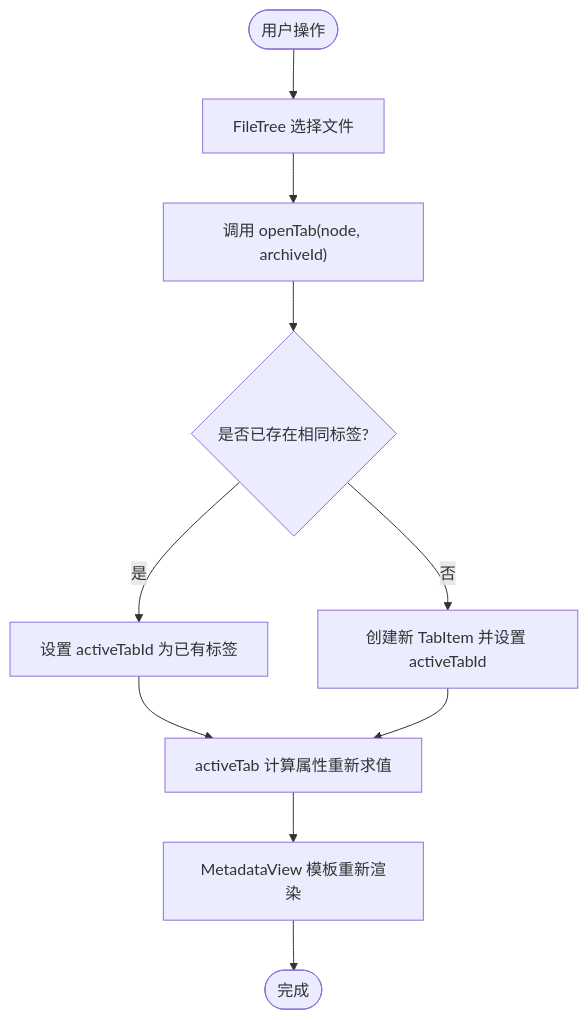
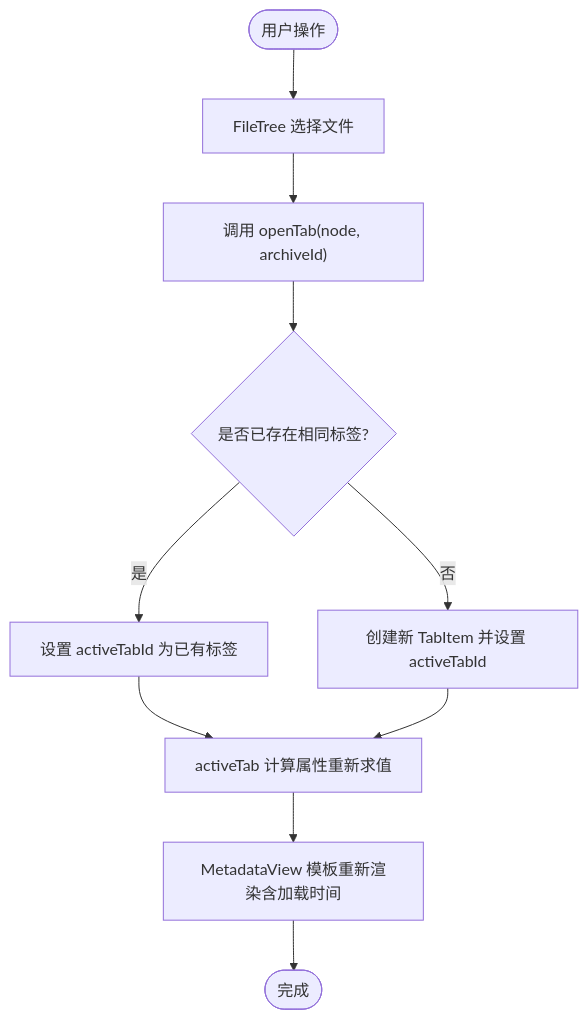
One commit to taoweidong/Hello-Tauri changed the third of 4 diagrams in .qoder/repowiki/zh/content/用户界面/核心组件/属性面板组件/元数据视图组件.md. Above: the diagram before and after it, drawn with Mermaid. The commit also changed other lines of this file and 14 other files, not shown here.

````diff
--- a/.qoder/repowiki/zh/content/用户界面/核心组件/属性面板组件/元数据视图组件.md
+++ b/.qoder/repowiki/zh/content/用户界面/核心组件/属性面板组件/元数据视图组件.md
@@ -150,12 +168,12 @@
 ```mermaid
 flowchart TD
 Start(["用户操作"]) --> Select["FileTree 选择文件"]
 Select --> OpenTab["调用 openTab(node, archiveId)"]
 OpenTab --> UpdateState{"是否已存在相同标签?"}
 UpdateState --> |是| Activate["设置 activeTabId 为已有标签"]
 UpdateState --> |否| Create["创建新 TabItem 并设置 activeTabId"]
 Activate --> Recompute["activeTab 计算属性重新求值"]
 Create --> Recompute
-Recompute --> Render["MetadataView 模板重新渲染"]
+Recompute --> Render["MetadataView 模板重新渲染含加载时间"]
 Render --> End(["完成"])
 ```
````
